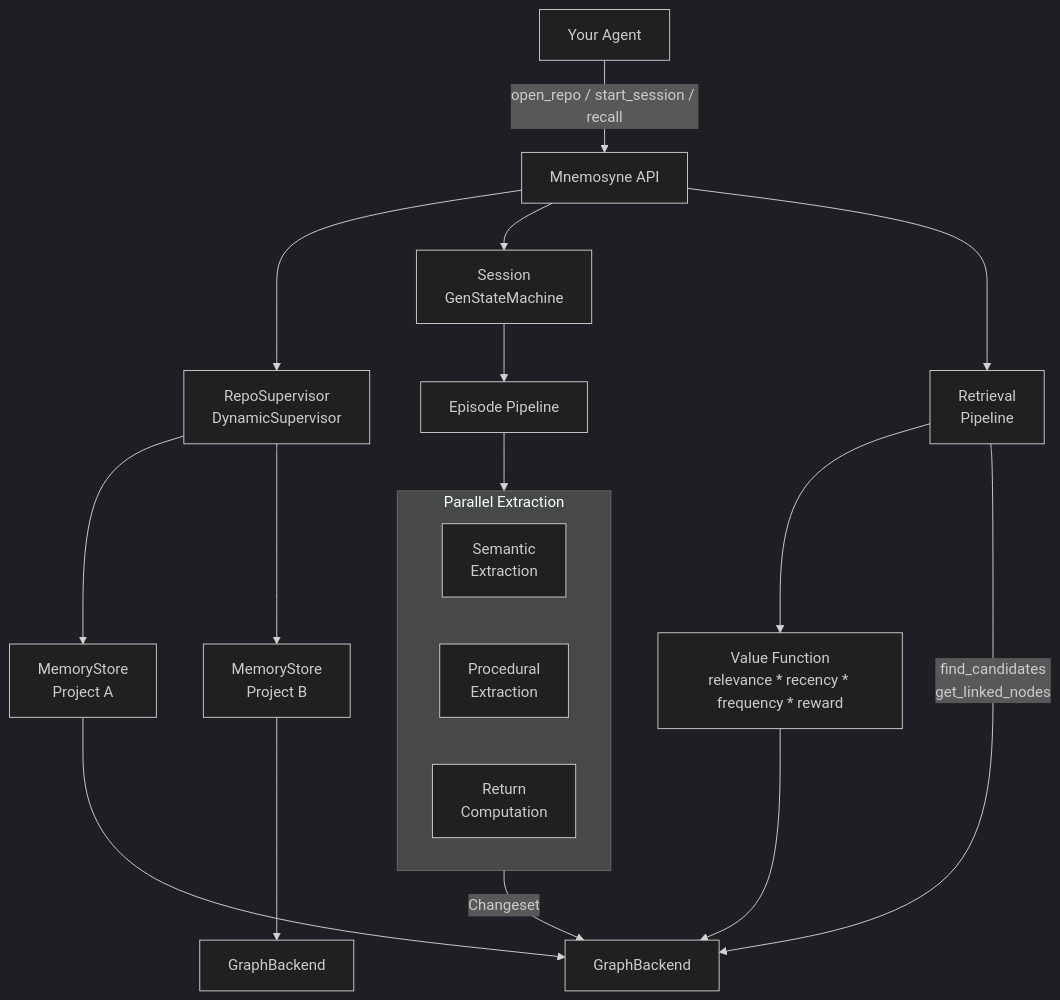
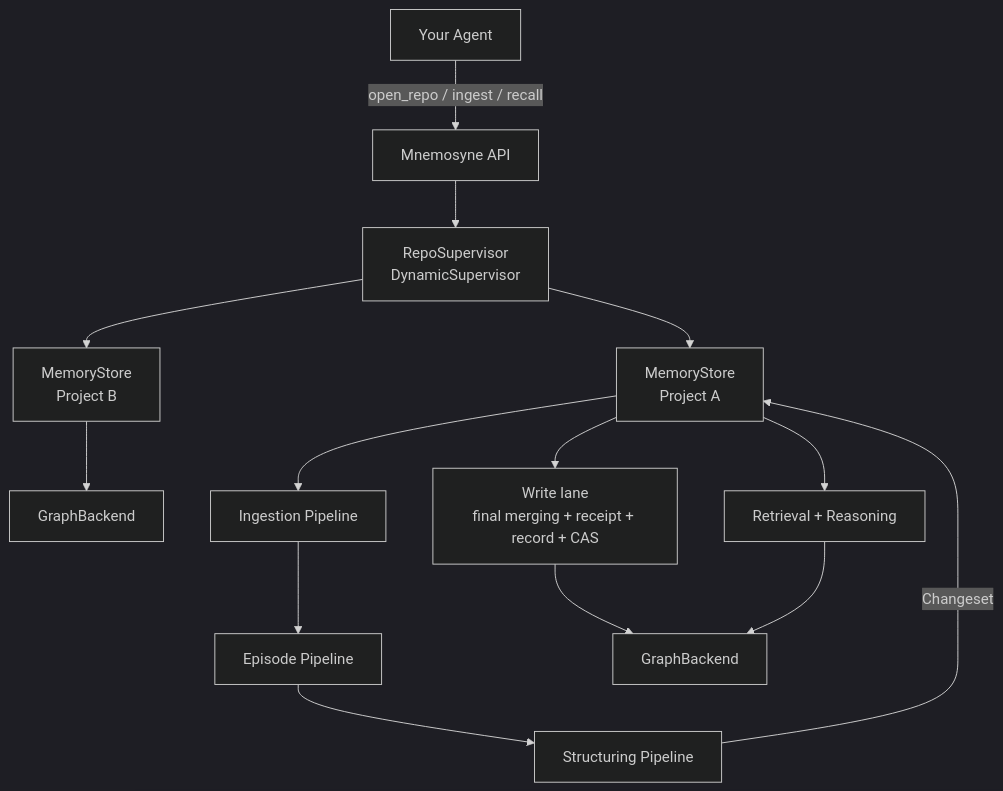
One commit to edlontech/mnemosyne changed the diagram in README.md. Above: the diagram before and after it, drawn with Mermaid (dark theme). The commit also changed other lines of this file and 17 other files, not shown here.

````diff
--- a/README.md
+++ b/README.md
@@ -86,29 +116,16 @@
 ```mermaid
 graph TD
-    Agent[Your Agent] -->|open_repo / start_session / recall| API[Mnemosyne API]
-
+    Agent[Your Agent] -->|open_repo / ingest / recall| API[Mnemosyne API]
     API --> RepoSup[RepoSupervisor\nDynamicSupervisor]
     RepoSup --> Store1[MemoryStore\nProject A]
     RepoSup --> Store2[MemoryStore\nProject B]
-
-    API --> Session[Session\nGenStateMachine]
-
-    Store1 --> Backend1[GraphBackend]
     Store2 --> Backend2[GraphBackend]
-
-    API --> Retrieval[Retrieval\nPipeline]
-    Retrieval --> VF[Value Function\nrelevance * recency * frequency * reward]
-    Retrieval -->|find_candidates\nget_linked_nodes| Backend1
-
-    Session --> Episode[Episode Pipeline]
-    Episode --> Structuring
-
-    subgraph Structuring [Parallel Extraction]
-        Semantic[Semantic\nExtraction]
-        Procedural[Procedural\nExtraction]
-        Returns[Return\nComputation]
-    end
-
-    Structuring -->|Changeset| Backend1
-    VF --> Backend1
+    Store1 --> Ingestion[Ingestion Pipeline]
+    Ingestion --> Episode[Episode Pipeline]
+    Episode --> Structuring[Structuring Pipeline]
+    Structuring -->|Changeset| Store1
+    Store1 --> WriteLane[Write lane\nfinal merging + receipt + record + CAS]
+    WriteLane --> Backend1[GraphBackend]
+    Store1 --> Retrieval[Retrieval + Reasoning]
+    Retrieval --> Backend1
 ```
````
